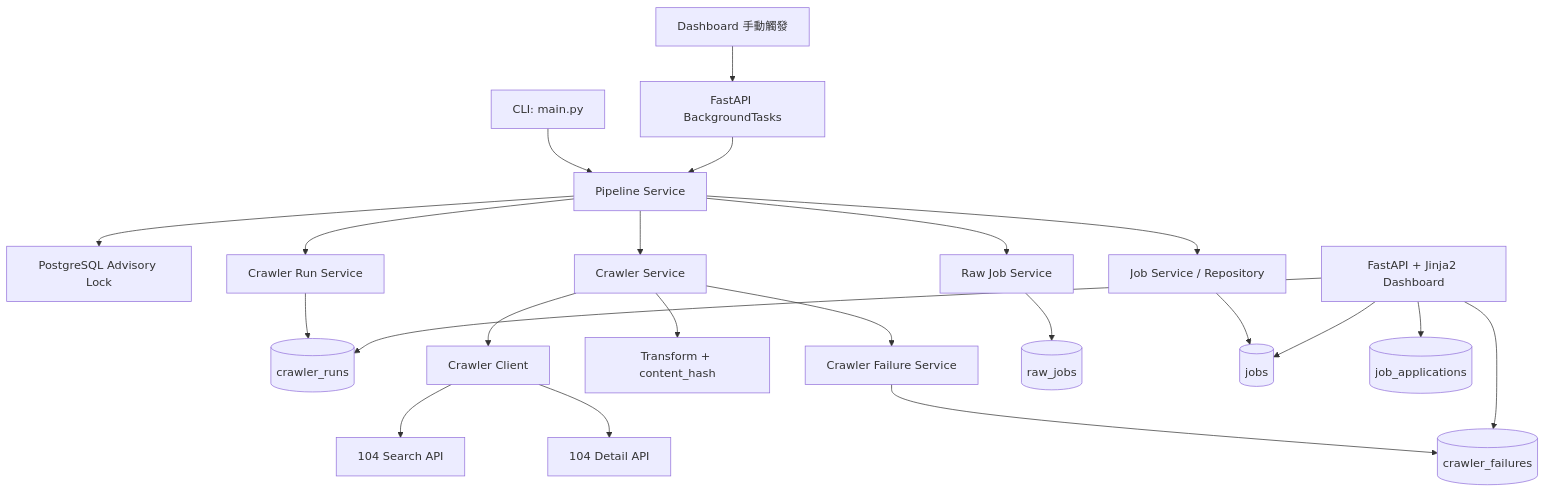
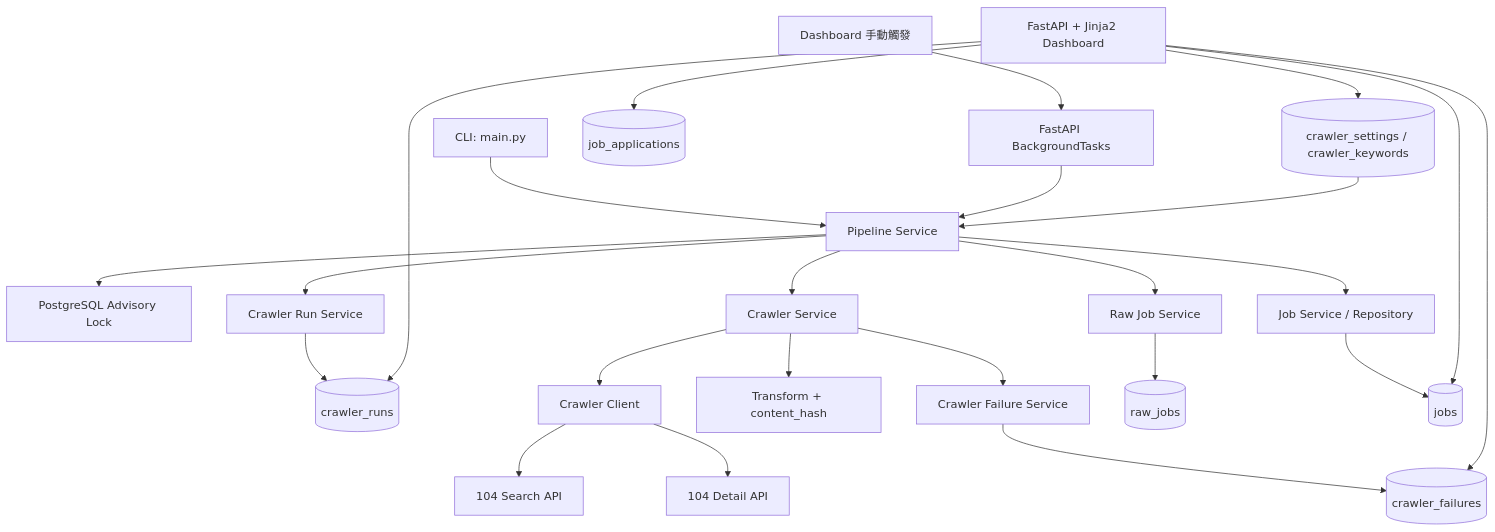
One commit to dumpling871008/job-radar changed the first of 3 diagrams in README.md. Above: the diagram before and after it, drawn with Mermaid. The commit also changed other lines of this file, not shown here.

````diff
--- a/README.md
+++ b/README.md
@@ -21,28 +31,30 @@
 ```mermaid
 flowchart TD
     CLI[CLI: main.py] --> Pipeline[Pipeline Service]
     WebTrigger[Dashboard 手動觸發] --> Background[FastAPI BackgroundTasks]
     Background --> Pipeline
 
     Pipeline --> Lock[PostgreSQL Advisory Lock]
     Pipeline --> RunAudit[Crawler Run Service]
     RunAudit --> Runs[(crawler_runs)]
 
     Pipeline --> Crawler[Crawler Service]
     Crawler --> Client[Crawler Client]
     Client --> Search[104 Search API]
     Client --> Detail[104 Detail API]
     Crawler --> Transform[Transform + content_hash]
     Crawler --> FailureService[Crawler Failure Service]
     FailureService --> Failures[(crawler_failures)]
 
     Pipeline --> RawService[Raw Job Service]
     RawService --> RawJobs[(raw_jobs)]
     Pipeline --> JobService[Job Service / Repository]
     JobService --> Jobs[(jobs)]
 
     Dashboard[FastAPI + Jinja2 Dashboard] --> Jobs
     Dashboard --> Applications[(job_applications)]
     Dashboard --> Runs
     Dashboard --> Failures
+    Dashboard --> Settings[(crawler_settings / crawler_keywords)]
+    Settings --> Pipeline
 ```
````
